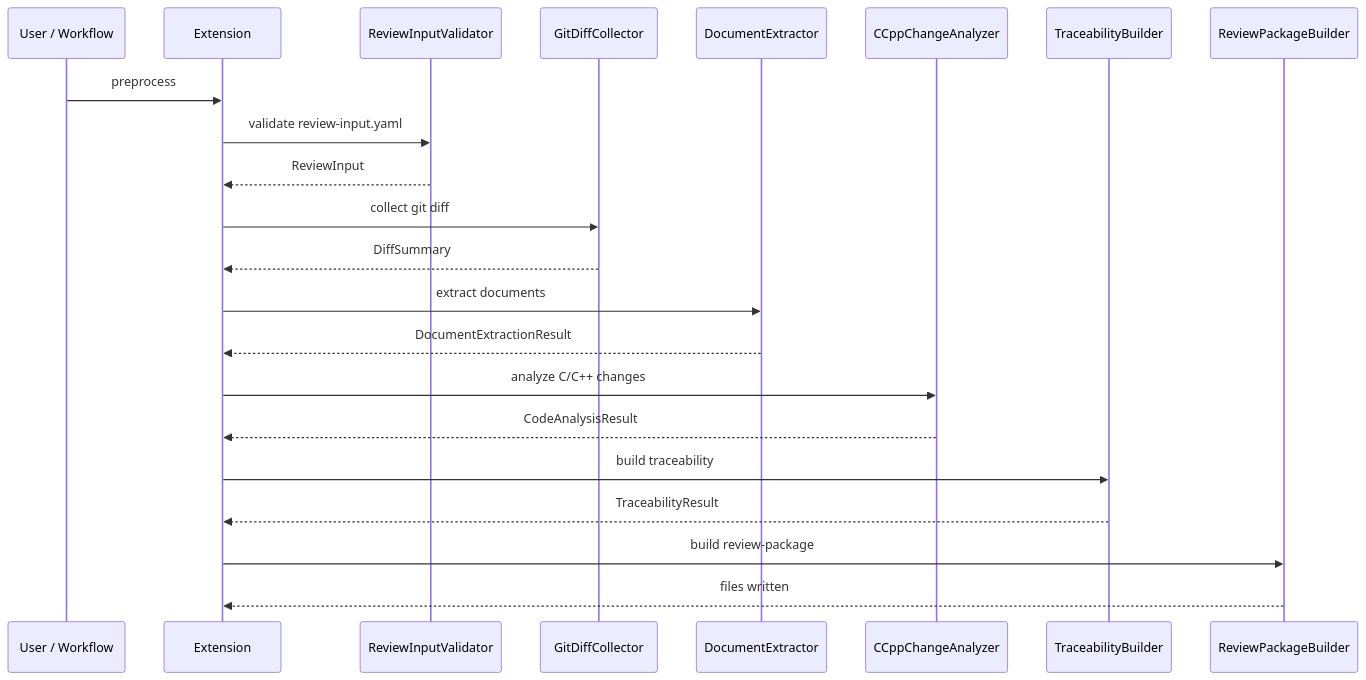
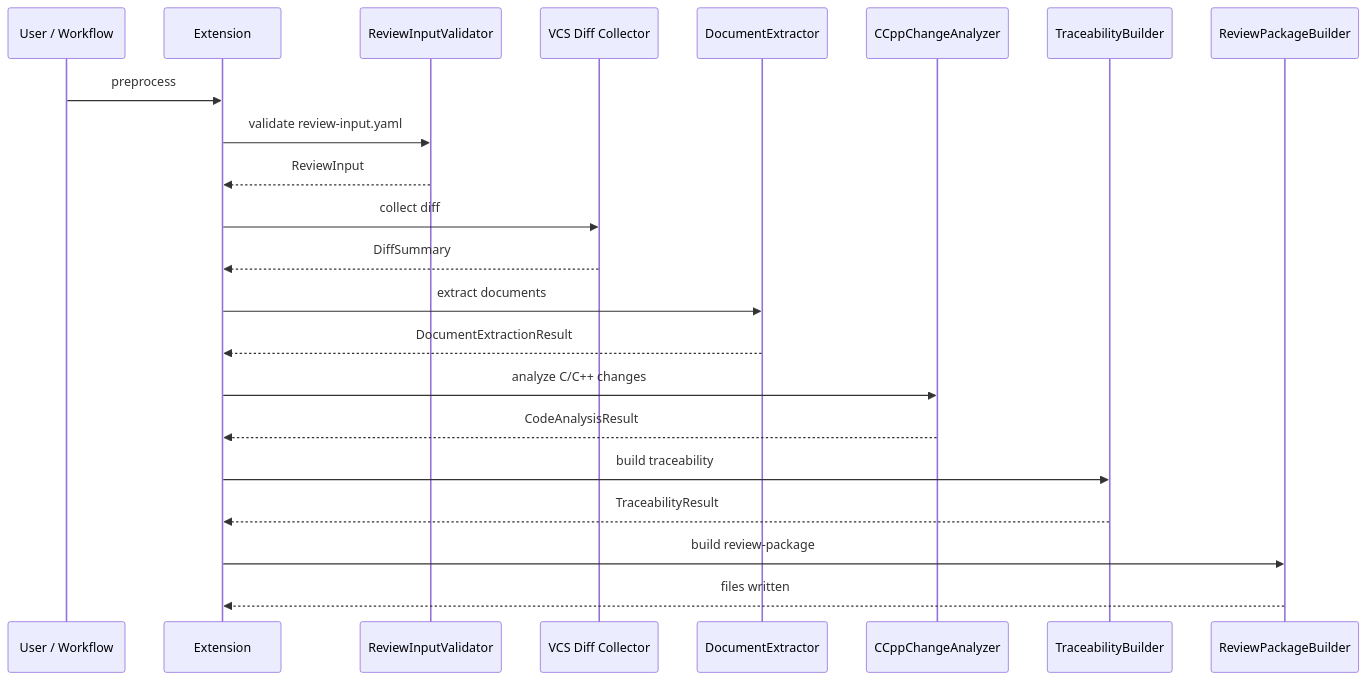
Before and after one commit to katamor1/CUSTUM_MODE: the second of 3 diagrams in v2/extensions/bob-code-consistency-review/docs/basic-design-ja.md, drawn with Mermaid. The commit also changed other lines of this file and 59 other files, not shown here.

````diff
--- a/v2/extensions/bob-code-consistency-review/docs/basic-design-ja.md
+++ b/v2/extensions/bob-code-consistency-review/docs/basic-design-ja.md
@@ -185,25 +192,25 @@
 ```mermaid
 sequenceDiagram
   participant U as User / Workflow
   participant E as Extension
   participant V as ReviewInputValidator
-  participant G as GitDiffCollector
+  participant G as VCS Diff Collector
   participant D as DocumentExtractor
   participant C as CCppChangeAnalyzer
   participant T as TraceabilityBuilder
   participant P as ReviewPackageBuilder
 
   U->>E: preprocess
   E->>V: validate review-input.yaml
   V-->>E: ReviewInput
-  E->>G: collect git diff
+  E->>G: collect diff
   G-->>E: DiffSummary
   E->>D: extract documents
   D-->>E: DocumentExtractionResult
   E->>C: analyze C/C++ changes
   C-->>E: CodeAnalysisResult
   E->>T: build traceability
   T-->>E: TraceabilityResult
   E->>P: build review-package
   P-->>E: files written
 ```
````
